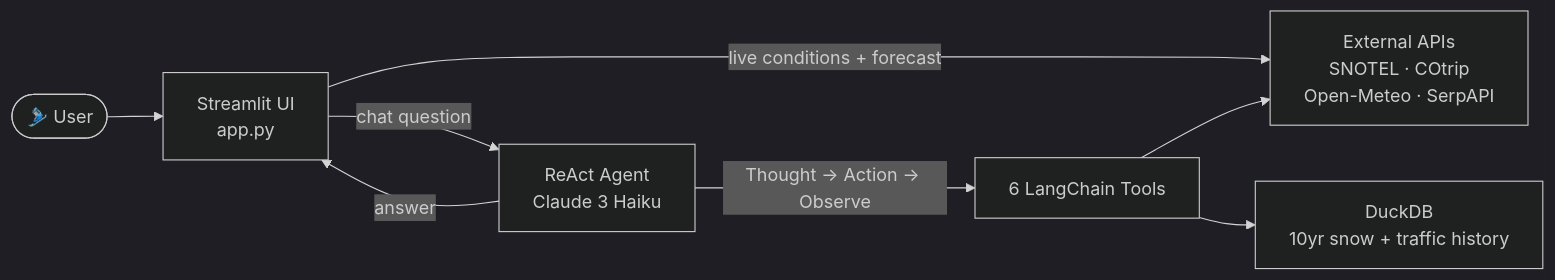
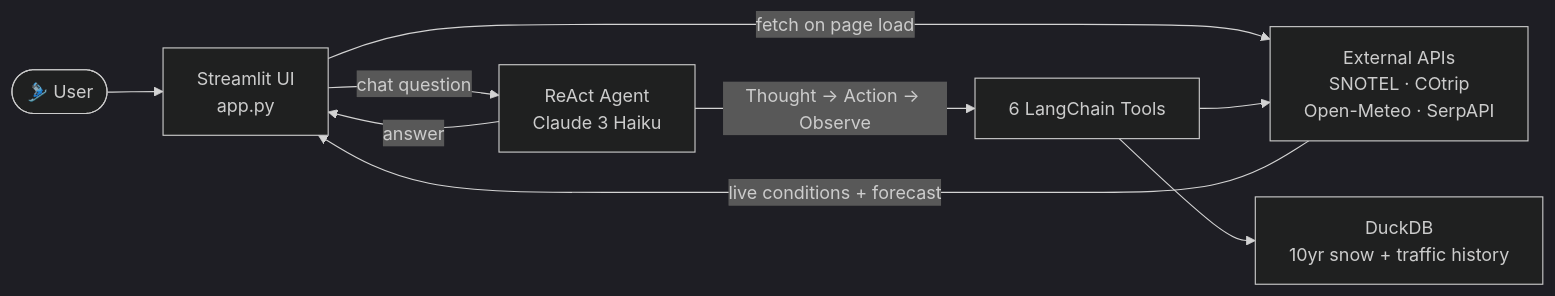
One commit to Ttopiac/colorado-powracle changed the first of 2 diagrams in architecture.md. Above: the diagram before and after it, drawn with Mermaid (dark theme).

Commit message:
Split UI-API edge into request and response directions

````diff
--- a/architecture.md
+++ b/architecture.md
@@ -5,14 +5,15 @@
 ```mermaid
 graph LR
     User(["🎿 User"]) --> UI["Streamlit UI<br/>app.py"]
 
-    UI -->|live conditions + forecast| APIs["External APIs<br/>SNOTEL · COtrip<br/>Open-Meteo · SerpAPI"]
+    UI -->|fetch on page load| APIs["External APIs<br/>SNOTEL · COtrip<br/>Open-Meteo · SerpAPI"]
+    APIs -->|live conditions + forecast| UI
     UI -->|chat question| Agent["ReAct Agent<br/>Claude 3 Haiku"]
 
     Agent -->|Thought → Action → Observe| Tools["6 LangChain Tools"]
 
     Tools --> APIs
     Tools --> DB["DuckDB<br/>10yr snow + traffic history"]
 
     Agent -->|answer| UI
 ```
````
